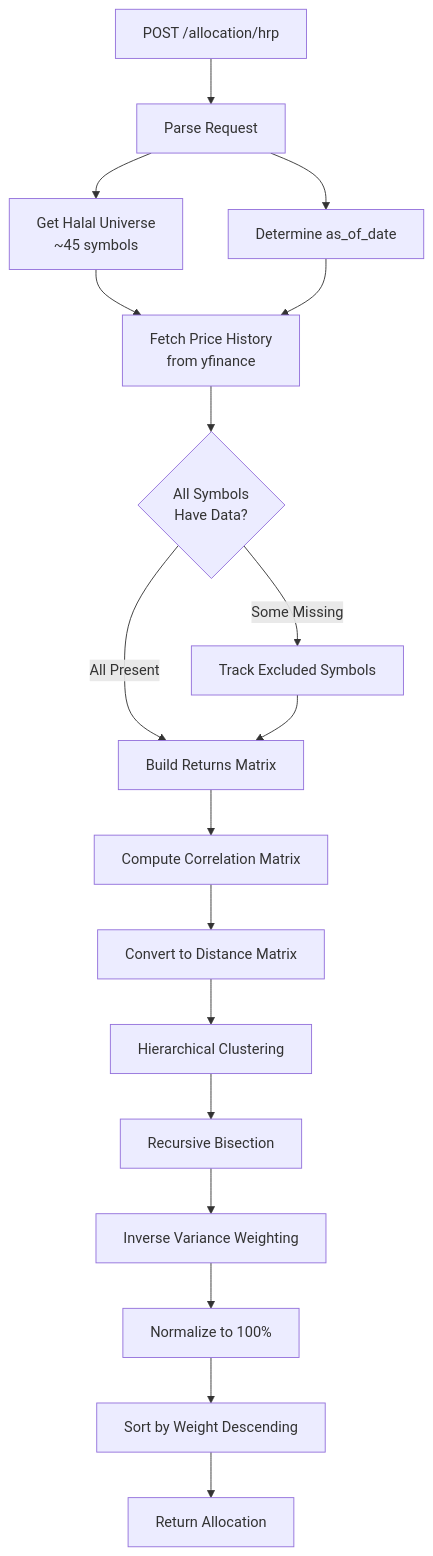
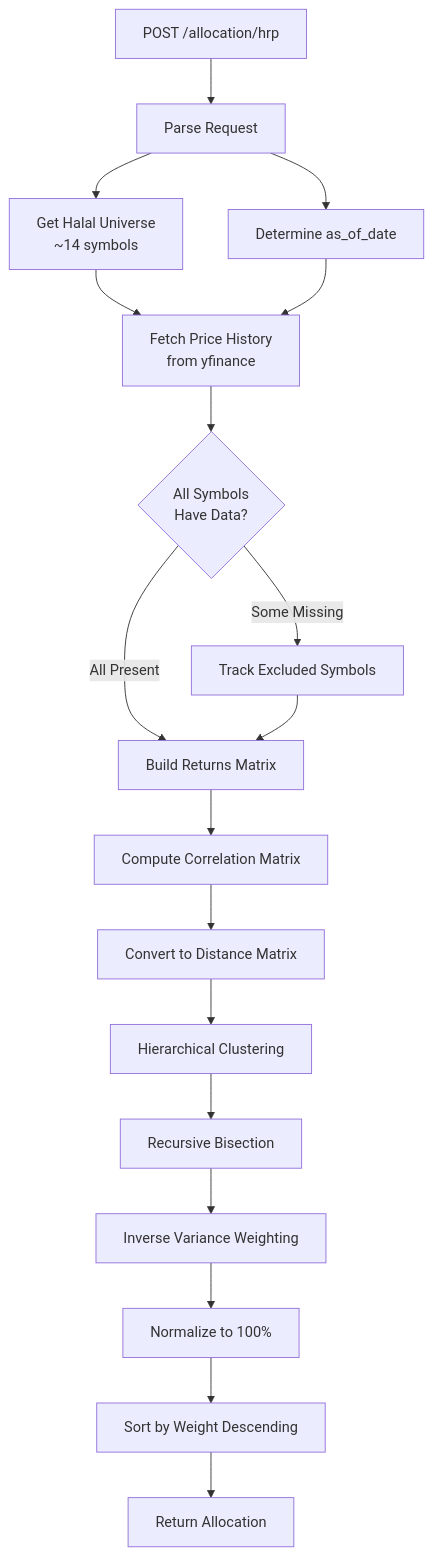
The first of 3 diagrams in brain_api/docs/flow_diagrams/allocation.md (hajirazin/LearnFinance-2025), drawn with Mermaid before and after one commit. The commit also changed 21 other files, not shown here.

````diff
--- a/brain_api/docs/flow_diagrams/allocation.md
+++ b/brain_api/docs/flow_diagrams/allocation.md
@@ -23,25 +23,25 @@
 ```mermaid
 flowchart TD
     A[POST /allocation/hrp] --> B[Parse Request]
     
-    B --> C[Get Halal Universe<br/>~45 symbols]
+    B --> C[Get Halal Universe<br/>~14 symbols]
     B --> D[Determine as_of_date]
     
     C --> E[Fetch Price History<br/>from yfinance]
     D --> E
     
     E --> F{All Symbols<br/>Have Data?}
     F -->|Some Missing| G[Track Excluded Symbols]
     F -->|All Present| H[Build Returns Matrix]
     G --> H
     
     H --> I[Compute Correlation Matrix]
     I --> J[Convert to Distance Matrix]
     J --> K[Hierarchical Clustering]
     K --> L[Recursive Bisection]
     L --> M[Inverse Variance Weighting]
     
     M --> N[Normalize to 100%]
     N --> O[Sort by Weight Descending]
     O --> P[Return Allocation]
 ```
````
